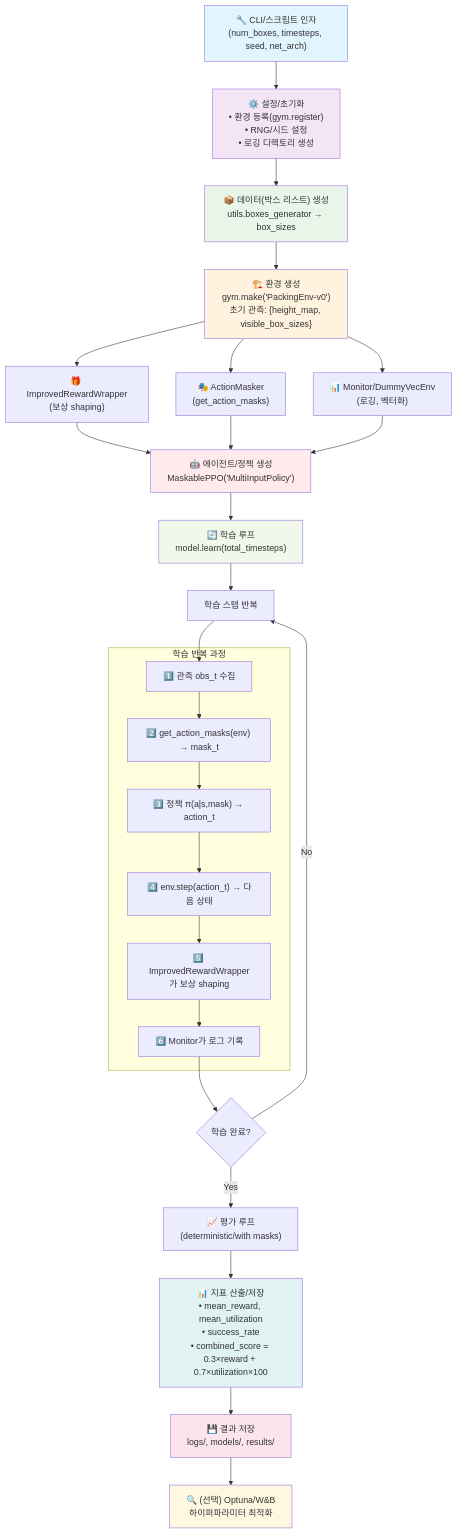
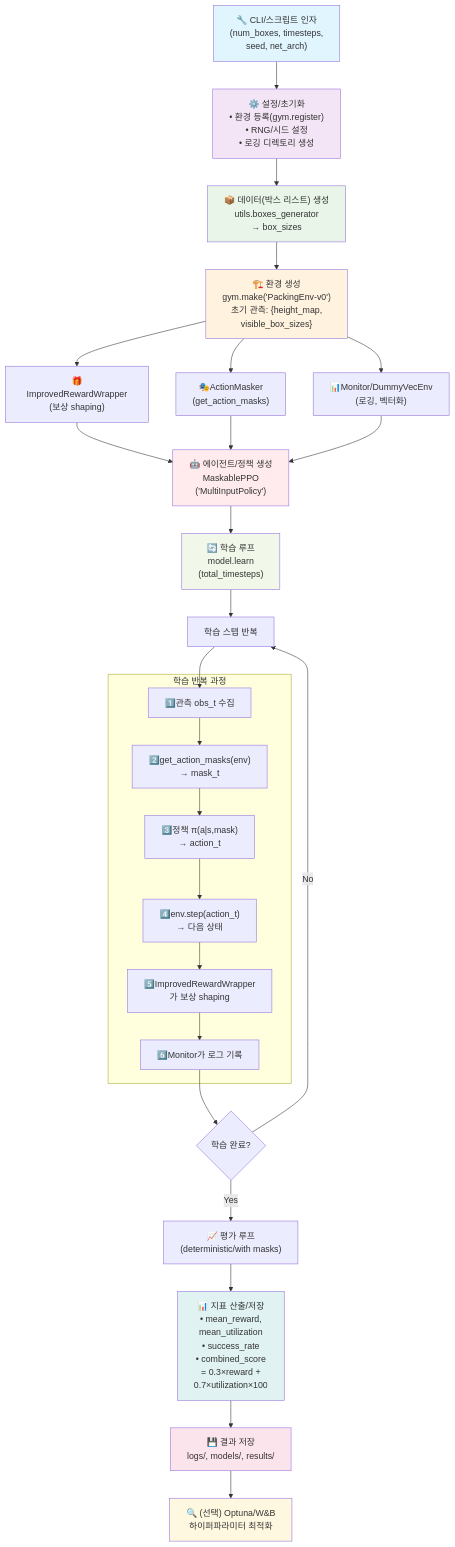
Before and after one commit to minajwsy/RL-3DbinPacking: the second of 2 diagrams in docs/커서chat내용Export/Code동작 기술서.md, drawn with Mermaid. The commit also changed other lines of this file and 1 other file, not shown here.

````diff
--- a/docs/커서chat내용Export/Code동작 기술서.md
+++ b/docs/커서chat내용Export/Code동작 기술서.md
@@ -155,49 +162,49 @@
 ```mermaid
 flowchart TD
-    A["🔧 CLI/스크립트 인자<br/>(num_boxes, timesteps, seed, net_arch)"] --> B["⚙️ 설정/초기화<br/>• 환경 등록(gym.register)<br/>• RNG/시드 설정<br/>• 로깅 디렉토리 생성"]
+    A["🔧 CLI/스크립트 인자<br/>(num_boxes, timesteps,<br>seed, net_arch)"] --> B["⚙️ 설정/초기화<br/>• 환경 등록(gym.register)<br/>• RNG/시드 설정<br/>• 로깅 디렉토리 생성"]
     
-    B --> C["📦 데이터(박스 리스트) 생성<br/>utils.boxes_generator → box_sizes"]
+    B --> C["📦 데이터(박스 리스트) 생성<br/>utils.boxes_generator<br>→ box_sizes"]
     
-    C --> D["🏗️ 환경 생성<br/>gym.make('PackingEnv-v0')<br/>초기 관측: {height_map, visible_box_sizes}"]
+    C --> D["🏗️ 환경 생성<br/>gym.make('PackingEnv-v0')<br/>초기 관측: {height_map,<br>visible_box_sizes}"]
     
-    D --> E["🎁 ImprovedRewardWrapper<br/>(보상 shaping)"]
-    D --> F["🎭 ActionMasker<br/>(get_action_masks)"]
-    D --> G["📊 Monitor/DummyVecEnv<br/>(로깅, 벡터화)"]
+    D --> E["🎁ImprovedRewardWrapper<br/>(보상 shaping)"]
+    D --> F["🎭ActionMasker<br/>(get_action_masks)"]
+    D --> G["📊Monitor/DummyVecEnv<br/>(로깅, 벡터화)"]
     
-    E --> H["🤖 에이전트/정책 생성<br/>MaskablePPO('MultiInputPolicy')"]
+    E --> H["🤖 에이전트/정책 생성<br/>MaskablePPO<br>('MultiInputPolicy')"]
     F --> H
     G --> H
     
-    H --> I["🔄 학습 루프<br/>model.learn(total_timesteps)"]
+    H --> I["🔄 학습 루프<br/>model.learn<br>(total_timesteps)"]
     
     I --> J["학습 스텝 반복"]
     
     subgraph "학습 반복 과정"
-        K["1️⃣ 관측 obs_t 수집"] --> L["2️⃣ get_action_masks(env) → mask_t"]
-        L --> M["3️⃣ 정책 π(a|s,mask) → action_t"]
-        M --> N["4️⃣ env.step(action_t) → 다음 상태"]
-        N --> O["5️⃣ ImprovedRewardWrapper가 보상 shaping"]
-        O --> P["6️⃣ Monitor가 로그 기록"]
+        K["1️⃣관측 obs_t 수집"] --> L["2️⃣get_action_masks(env)<br>→ mask_t"]
+        L --> M["3️⃣정책 π(a|s,mask)<br>→ action_t"]
+        M --> N["4️⃣env.step(action_t)<br>→ 다음 상태"]
+        N --> O["5️⃣ImprovedRewardWrapper<br>가 보상 shaping"]
+        O --> P["6️⃣Monitor가 로그 기록"]
     end
     
     J --> K
     P --> Q{"학습 완료?"}
     Q -->|No| J
     Q -->|Yes| R["📈 평가 루프<br/>(deterministic/with masks)"]
     
-    R --> S["📊 지표 산출/저장<br/>• mean_reward, mean_utilization<br/>• success_rate<br/>• combined_score = 0.3×reward + 0.7×utilization×100"]
+    R --> S["📊 지표 산출/저장<br/>• mean_reward,<br>  mean_utilization<br/>• success_rate<br/>• combined_score<br>= 0.3×reward +<br>0.7×utilization×100"]
     
     S --> T["💾 결과 저장<br/>logs/, models/, results/"]
     
     T --> U["🔍 (선택) Optuna/W&B<br/>하이퍼파라미터 최적화"]
     
     style A fill:#e1f5fe
     style B fill:#f3e5f5
     style C fill:#e8f5e8
     style D fill:#fff3e0
     style H fill:#ffebee
     style I fill:#f1f8e9
     style S fill:#e0f2f1
     style T fill:#fce4ec
     style U fill:#fff8e1
 ```
````
